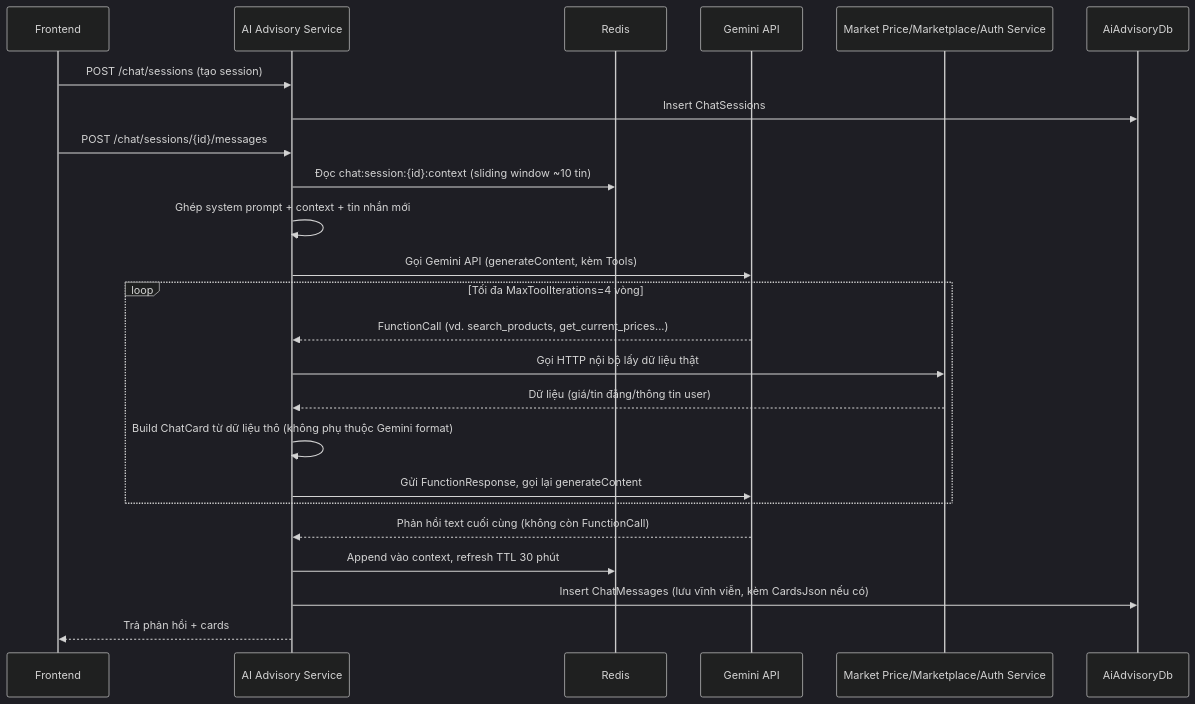
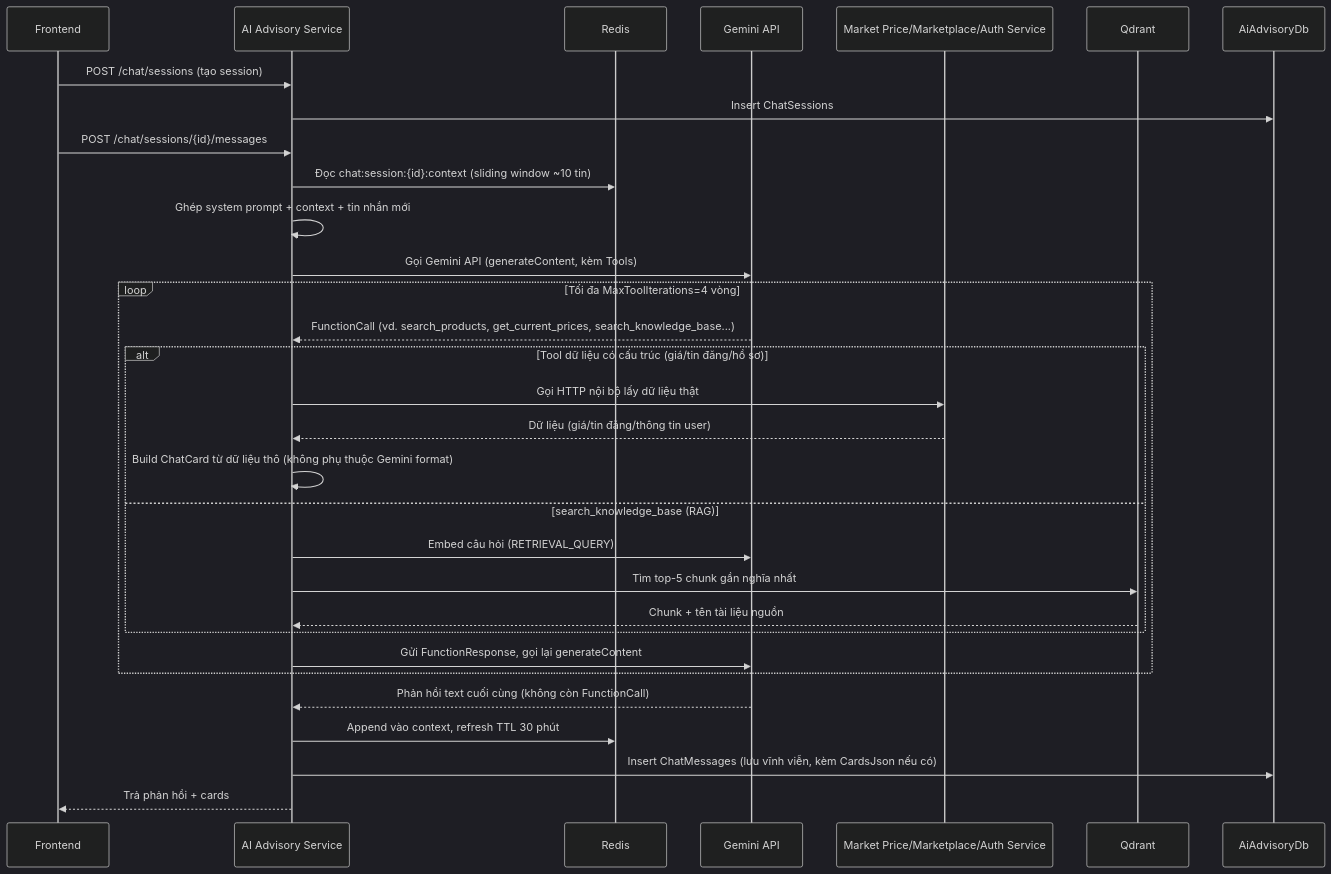
The diagram in docs/architecture/data-flows/ai-chatbot-flow.md (Flakes23/HappyFarmer), drawn with Mermaid (dark theme) before and after one commit. The commit also changed other lines of this file and 26 other files, not shown here.

````diff
--- a/docs/architecture/data-flows/ai-chatbot-flow.md
+++ b/docs/architecture/data-flows/ai-chatbot-flow.md
@@ -7,27 +7,34 @@
 ```mermaid
 sequenceDiagram
   participant FE as Frontend
   participant AI as AI Advisory Service
   participant R as Redis
   participant G as Gemini API
   participant SVC as Market Price/Marketplace/Auth Service
+  participant Q as Qdrant
   participant DB as AiAdvisoryDb
 
   FE->>AI: POST /chat/sessions (tạo session)
   AI->>DB: Insert ChatSessions
   FE->>AI: POST /chat/sessions/{id}/messages
   AI->>R: Đọc chat:session:{id}:context (sliding window ~10 tin)
   AI->>AI: Ghép system prompt + context + tin nhắn mới
   AI->>G: Gọi Gemini API (generateContent, kèm Tools)
   loop Tối đa MaxToolIterations=4 vòng
-    G-->>AI: FunctionCall (vd. search_products, get_current_prices...)
-    AI->>SVC: Gọi HTTP nội bộ lấy dữ liệu thật
-    SVC-->>AI: Dữ liệu (giá/tin đăng/thông tin user)
-    AI->>AI: Build ChatCard từ dữ liệu thô (không phụ thuộc Gemini format)
+    G-->>AI: FunctionCall (vd. search_products, get_current_prices, search_knowledge_base...)
+    alt Tool dữ liệu có cấu trúc (giá/tin đăng/hồ sơ)
+      AI->>SVC: Gọi HTTP nội bộ lấy dữ liệu thật
+      SVC-->>AI: Dữ liệu (giá/tin đăng/thông tin user)
+      AI->>AI: Build ChatCard từ dữ liệu thô (không phụ thuộc Gemini format)
+    else search_knowledge_base (RAG)
+      AI->>G: Embed câu hỏi (RETRIEVAL_QUERY)
+      AI->>Q: Tìm top-5 chunk gần nghĩa nhất
+      Q-->>AI: Chunk + tên tài liệu nguồn
+    end
     AI->>G: Gửi FunctionResponse, gọi lại generateContent
   end
   G-->>AI: Phản hồi text cuối cùng (không còn FunctionCall)
   AI->>R: Append vào context, refresh TTL 30 phút
   AI->>DB: Insert ChatMessages (lưu vĩnh viễn, kèm CardsJson nếu có)
   AI-->>FE: Trả phản hồi + cards
 ```
````
